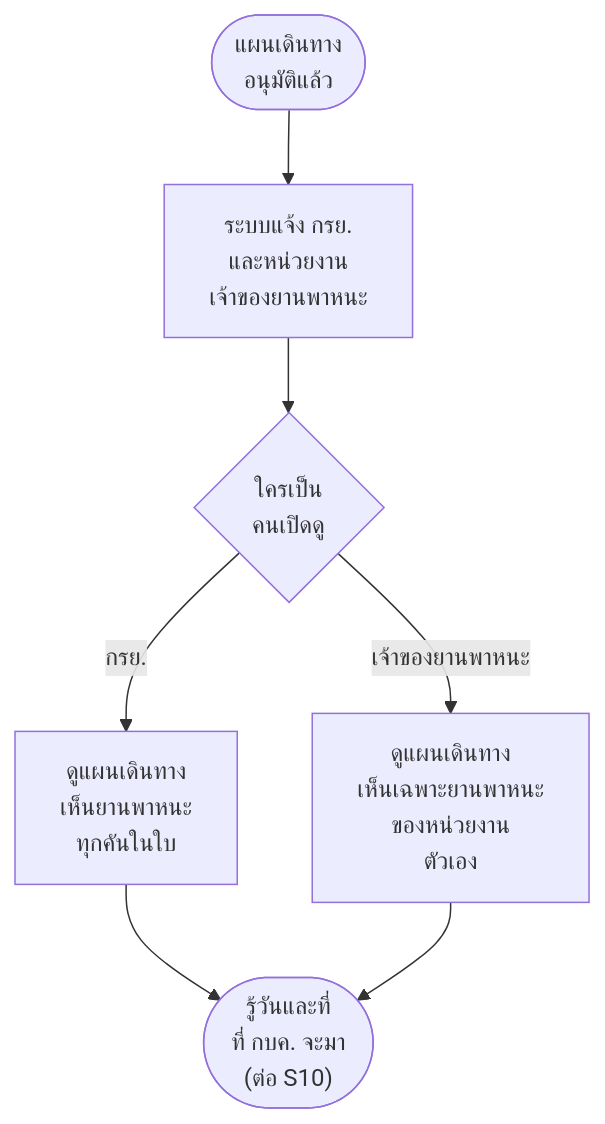
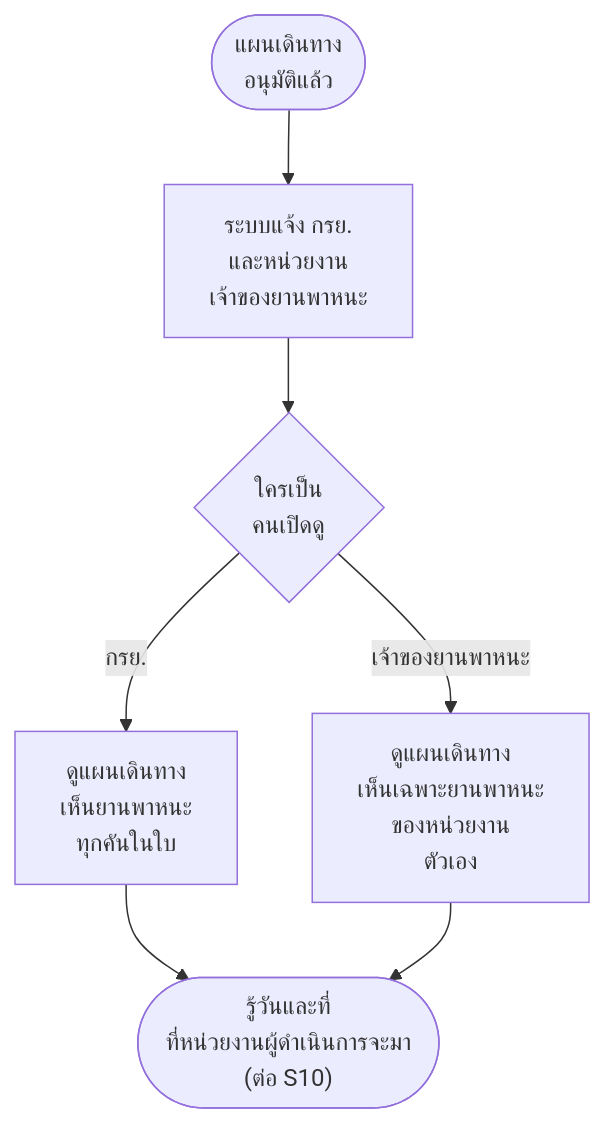
One commit to anugmail/Maintenance-Request-Form changed the tenth of 20 diagrams in Diagram/01-บำรุงรักษาตามวาระ/27-บำรุงรักษา-flowchart-กิจกรรม.md. Above: the diagram before and after it, drawn with Mermaid. The commit also changed other lines of this file and 7 other files, not shown here.

First line of the commit message:
บำรุงรักษา: คำกลางแทน "กบค." ที่เป็นผู้ทำงาน (หน่วยงาน · หน่วยงานผู้ดำเนินการ · หัวหน้าหน่วยงาน · ผู้สร้างแผนเดินทาง) · "ดำเนินการเอง" แทน "กบค. ดำเนินการเอง"

````diff
--- a/Diagram/01-บำรุงรักษาตามวาระ/27-บำรุงรักษา-flowchart-กิจกรรม.md
+++ b/Diagram/01-บำรุงรักษาตามวาระ/27-บำรุงรักษา-flowchart-กิจกรรม.md
@@ -199,9 +199,9 @@
 ```mermaid
 flowchart TD
     S(["แผนเดินทาง<br/>อนุมัติแล้ว"]) --> A1["ระบบแจ้ง กรย.<br/>และหน่วยงาน<br/>เจ้าของยานพาหนะ"]
     A1 --> Q1{"ใครเป็น<br/>คนเปิดดู"}
     Q1 -->|กรย.| A2["ดูแผนเดินทาง<br/>เห็นยานพาหนะ<br/>ทุกคันในใบ"]
     Q1 -->|เจ้าของยานพาหนะ| A3["ดูแผนเดินทาง<br/>เห็นเฉพาะยานพาหนะ<br/>ของหน่วยงาน<br/>ตัวเอง"]
-    A2 --> E(["รู้วันและที่<br/>ที่ กบค. จะมา<br/>(ต่อ S10)"])
+    A2 --> E(["รู้วันและที่<br/>ที่หน่วยงานผู้ดำเนินการจะมา<br/>(ต่อ S10)"])
     A3 --> E
 ```
````
